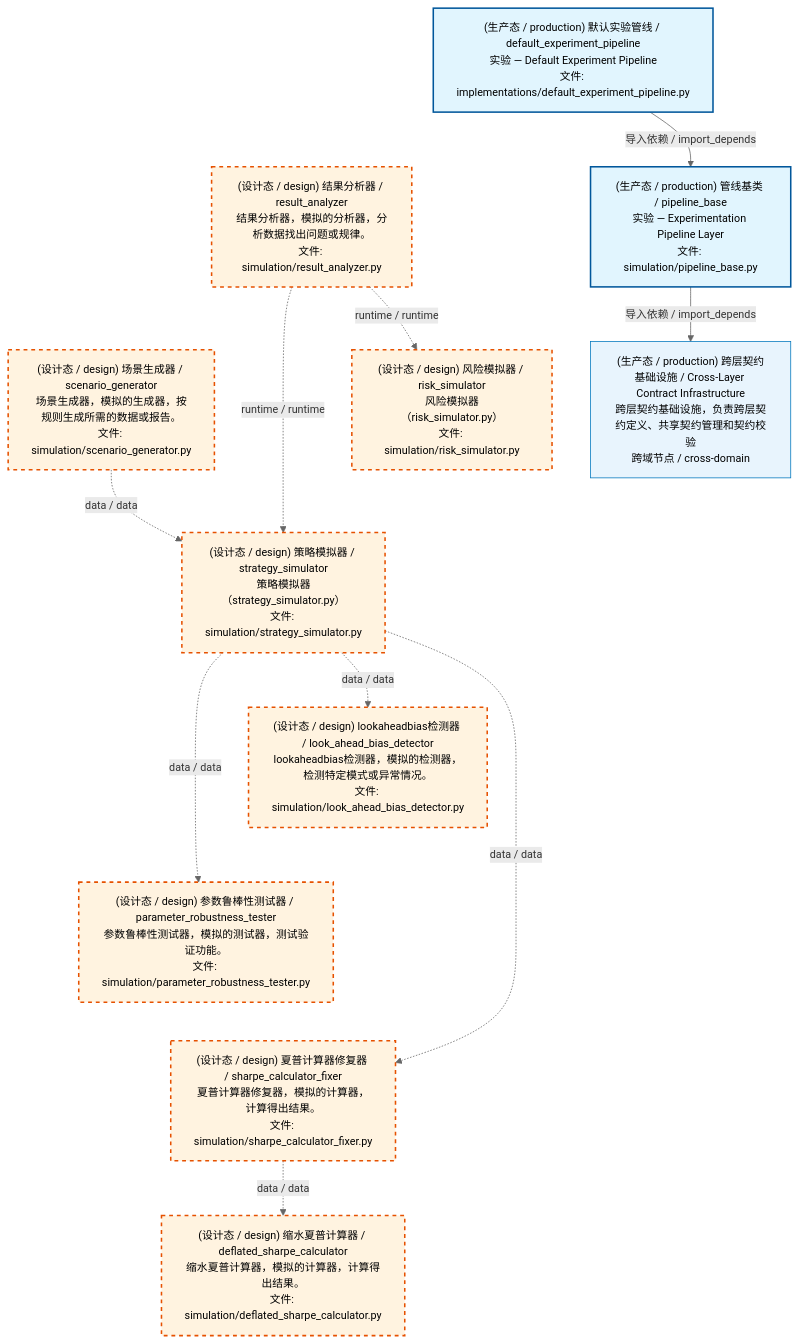
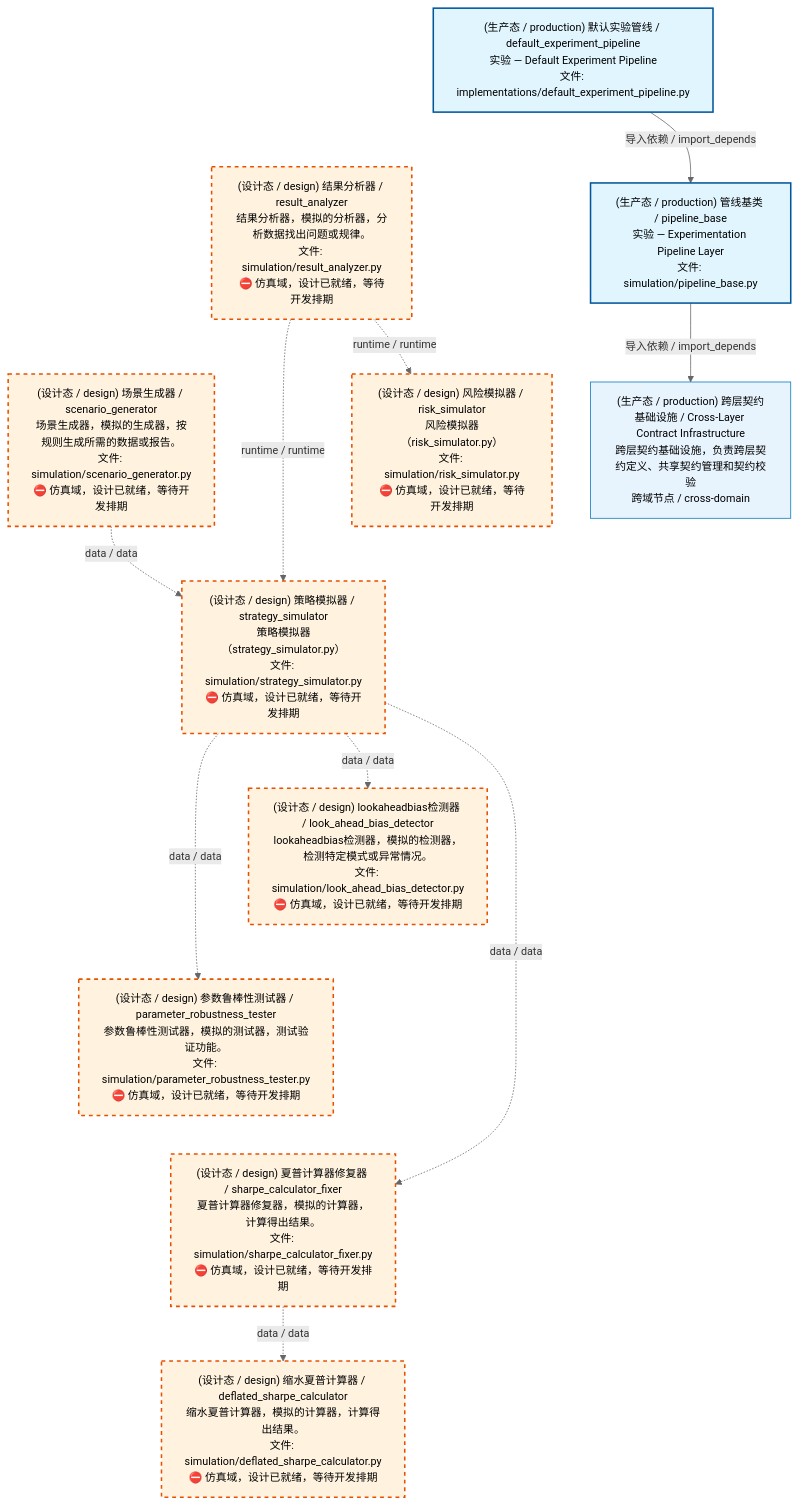
Before and after one commit to xuanFelixVan/ZephyrAlpha: the first of 4 diagrams in docs/02_enterprise_architecture/02_domain_architecture_docs/70_d_simulation.md, drawn with Mermaid. The commit also changed other lines of this file and 50 other files, not shown here.

````diff
--- a/docs/02_enterprise_architecture/02_domain_architecture_docs/70_d_simulation.md
+++ b/docs/02_enterprise_architecture/02_domain_architecture_docs/70_d_simulation.md
@@ -53,37 +53,37 @@
 ```mermaid
 %%{init: {'theme': 'base', 'themeVariables': {'primaryColor': '#eaeaea', 'primaryTextColor': '#333333', 'primaryBorderColor': '#666666', 'lineColor': '#666666', 'secondaryColor': '#eaeaea', 'tertiaryColor': '#eaeaea', 'fontSize': '14px'}}}%%
 flowchart TD
     src_zephyr_simulation_implementations_default_experiment_pipeline_py["(生产态 / production) 默认实验管线 / default_experiment_pipeline<br/>实验 — Default Experiment Pipeline<br/>文件: implementations/default_experiment_pipeline.py"]
-    src_zephyr_simulation_result_analyzer_py["(设计态 / design) 结果分析器 / result_analyzer<br/>结果分析器，模拟的分析器，分析数据找出问题或规律。<br/>文件: simulation/result_analyzer.py"]
-    src_zephyr_simulation_scenario_generator_py["(设计态 / design) 场景生成器 / scenario_generator<br/>场景生成器，模拟的生成器，按规则生成所需的数据或报告。<br/>文件: simulation/scenario_generator.py"]
+    src_zephyr_simulation_result_analyzer_py["(设计态 / design) 结果分析器 / result_analyzer<br/>结果分析器，模拟的分析器，分析数据找出问题或规律。<br/>文件: simulation/result_analyzer.py<br/>⛔ 仿真域，设计已就绪，等待开发排期"]
+    src_zephyr_simulation_scenario_generator_py["(设计态 / design) 场景生成器 / scenario_generator<br/>场景生成器，模拟的生成器，按规则生成所需的数据或报告。<br/>文件: simulation/scenario_generator.py<br/>⛔ 仿真域，设计已就绪，等待开发排期"]
     src_zephyr_simulation_implementations_default_experiment_pipeline_py ~~~ src_zephyr_simulation_result_analyzer_py
     src_zephyr_simulation_result_analyzer_py ~~~ src_zephyr_simulation_scenario_generator_py
     src_zephyr_simulation_pipeline_base_py["(生产态 / production) 管线基类 / pipeline_base<br/>实验 — Experimentation Pipeline Layer<br/>文件: simulation/pipeline_base.py"]
-    src_zephyr_simulation_risk_simulator_py["(设计态 / design) 风险模拟器 / risk_simulator<br/>风险模拟器（risk_simulator.py）<br/>文件: simulation/risk_simulator.py"]
-    src_zephyr_simulation_strategy_simulator_py["(设计态 / design) 策略模拟器 / strategy_simulator<br/>策略模拟器（strategy_simulator.py）<br/>文件: simulation/strategy_simulator.py"]
+    src_zephyr_simulation_risk_simulator_py["(设计态 / design) 风险模拟器 / risk_simulator<br/>风险模拟器（risk_simulator.py）<br/>文件: simulation/risk_simulator.py<br/>⛔ 仿真域，设计已就绪，等待开发排期"]
+    src_zephyr_simulation_strategy_simulator_py["(设计态 / design) 策略模拟器 / strategy_simulator<br/>策略模拟器（strategy_simulator.py）<br/>文件: simulation/strategy_simulator.py<br/>⛔ 仿真域，设计已就绪，等待开发排期"]
     src_zephyr_simulation_pipeline_base_py ~~~ src_zephyr_simulation_risk_simulator_py
     src_zephyr_simulation_risk_simulator_py ~~~ src_zephyr_simulation_strategy_simulator_py
-    src_zephyr_simulation_look_ahead_bias_detector_py["(设计态 / design) lookaheadbias检测器 / look_ahead_bias_detector<br/>lookaheadbias检测器，模拟的检测器，检测特定模式或异常情况。<br/>文件: simulation/look_ahead_bias_detector.py"]
-    src_zephyr_simulation_parameter_robustness_tester_py["(设计态 / design) 参数鲁棒性测试器 / parameter_robustness_tester<br/>参数鲁棒性测试器，模拟的测试器，测试验证功能。<br/>文件: simulation/parameter_robustness_tester.py"]
-    src_zephyr_simulation_sharpe_calculator_fixer_py["(设计态 / design) 夏普计算器修复器 / sharpe_calculator_fixer<br/>夏普计算器修复器，模拟的计算器，计算得出结果。<br/>文件: simulation/sharpe_calculator_fixer.py"]
+    src_zephyr_simulation_look_ahead_bias_detector_py["(设计态 / design) lookaheadbias检测器 / look_ahead_bias_detector<br/>lookaheadbias检测器，模拟的检测器，检测特定模式或异常情况。<br/>文件: simulation/look_ahead_bias_detector.py<br/>⛔ 仿真域，设计已就绪，等待开发排期"]
+    src_zephyr_simulation_parameter_robustness_tester_py["(设计态 / design) 参数鲁棒性测试器 / parameter_robustness_tester<br/>参数鲁棒性测试器，模拟的测试器，测试验证功能。<br/>文件: simulation/parameter_robustness_tester.py<br/>⛔ 仿真域，设计已就绪，等待开发排期"]
+    src_zephyr_simulation_sharpe_calculator_fixer_py["(设计态 / design) 夏普计算器修复器 / sharpe_calculator_fixer<br/>夏普计算器修复器，模拟的计算器，计算得出结果。<br/>文件: simulation/sharpe_calculator_fixer.py<br/>⛔ 仿真域，设计已就绪，等待开发排期"]
     src_zephyr_simulation_look_ahead_bias_detector_py ~~~ src_zephyr_simulation_parameter_robustness_tester_py
     src_zephyr_simulation_parameter_robustness_tester_py ~~~ src_zephyr_simulation_sharpe_calculator_fixer_py
-    src_zephyr_simulation_deflated_sharpe_calculator_py["(设计态 / design) 缩水夏普计算器 / deflated_sharpe_calculator<br/>缩水夏普计算器，模拟的计算器，计算得出结果。<br/>文件: simulation/deflated_sharpe_calculator.py"]
+    src_zephyr_simulation_deflated_sharpe_calculator_py["(设计态 / design) 缩水夏普计算器 / deflated_sharpe_calculator<br/>缩水夏普计算器，模拟的计算器，计算得出结果。<br/>文件: simulation/deflated_sharpe_calculator.py<br/>⛔ 仿真域，设计已就绪，等待开发排期"]
     src_zephyr_simulation_strategy_simulator_py -.->|data / data| src_zephyr_simulation_parameter_robustness_tester_py
     src_zephyr_simulation_strategy_simulator_py -.->|data / data| src_zephyr_simulation_look_ahead_bias_detector_py
     src_zephyr_simulation_strategy_simulator_py -.->|data / data| src_zephyr_simulation_sharpe_calculator_fixer_py
     src_zephyr_simulation_scenario_generator_py -.->|data / data| src_zephyr_simulation_strategy_simulator_py
     src_zephyr_simulation_result_analyzer_py -.->|runtime / runtime| src_zephyr_simulation_strategy_simulator_py
     src_zephyr_simulation_result_analyzer_py -.->|runtime / runtime| src_zephyr_simulation_risk_simulator_py
     src_zephyr_simulation_sharpe_calculator_fixer_py -.->|data / data| src_zephyr_simulation_deflated_sharpe_calculator_py
     src_zephyr_simulation_implementations_default_experiment_pipeline_py -->|导入依赖 / import_depends| src_zephyr_simulation_pipeline_base_py
     D_INFRASTRUCTURE["(生产态 / production) 跨层契约基础设施 / Cross-Layer Contract Infrastructure<br/>跨层契约基础设施，负责跨层契约定义、共享契约管理和契约校验<br/>跨域节点 / cross-domain"]
     src_zephyr_simulation_pipeline_base_py -->|导入依赖 / import_depends| D_INFRASTRUCTURE
     classDef production fill:#e1f5fe,stroke:#01579b,stroke-width:2px,color:#000
     classDef design fill:#fff3e0,stroke:#e65100,stroke-width:2px,color:#000,stroke-dasharray: 5 5
     classDef external_prod fill:#e8f4fd,stroke:#0277bd,stroke-width:1px,color:#000
     classDef external_design fill:#fff8e7,stroke:#ef6c00,stroke-width:1px,color:#000,stroke-dasharray: 5 5
     class src_zephyr_simulation_implementations_default_experiment_pipeline_py,src_zephyr_simulation_pipeline_base_py production
     class src_zephyr_simulation_deflated_sharpe_calculator_py,src_zephyr_simulation_look_ahead_bias_detector_py,src_zephyr_simulation_parameter_robustness_tester_py,src_zephyr_simulation_result_analyzer_py,src_zephyr_simulation_risk_simulator_py,src_zephyr_simulation_scenario_generator_py,src_zephyr_simulation_sharpe_calculator_fixer_py,src_zephyr_simulation_strategy_simulator_py design
     class D_INFRASTRUCTURE external_prod
 ```
````
